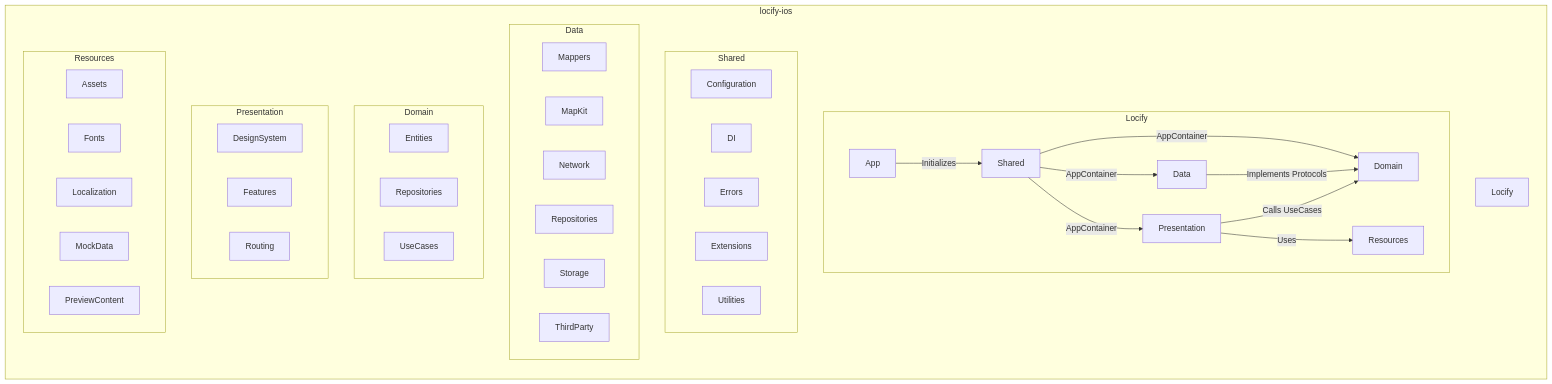
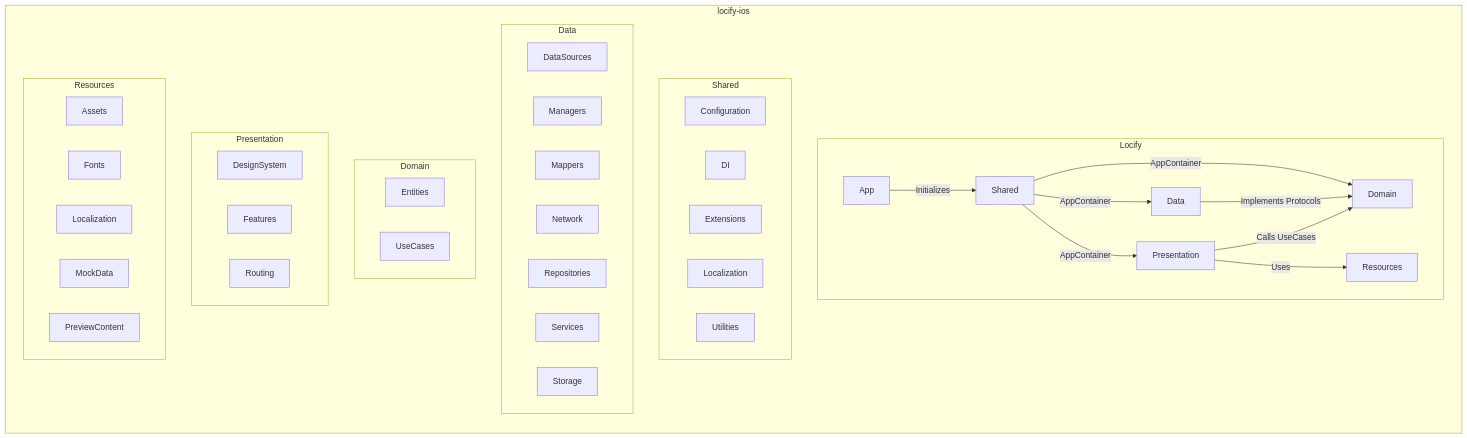
The diagram in locify-ios/README.md (lhhiep2204/Locify), drawn with Mermaid before and after one commit. The commit also changed other lines of this file and 5 other files, not shown here.

````diff
--- a/locify-ios/README.md
+++ b/locify-ios/README.md
@@ -201,53 +73,52 @@
 ```mermaid
 graph LR
     A[App] -->|Initializes| B[Shared]
     B -->|AppContainer| C[Domain]
     B -->|AppContainer| D[Data]
     B -->|AppContainer| E[Presentation]
     D -->|Implements Protocols| C
     E -->|Calls UseCases| C
     E -->|Uses| F[Resources]
     subgraph locify-ios
-        H[Locify]
         subgraph Locify
             A
             B
             C
             D
             E
             F
         end
         subgraph Shared
             B1[Configuration]
             B2[DI]
-            B3[Errors]
-            B4[Extensions]
+            B3[Extensions]
+            B4[Localization]
             B5[Utilities]
         end
         subgraph Data
-            D1[Mappers]
-            D2[MapKit]
-            D3[Network]
-            D4[Repositories]
-            D5[Storage]
-            D6[ThirdParty]
+            D1[DataSources]
+            D2[Managers]
+            D3[Mappers]
+            D4[Network]
+            D5[Repositories]
+            D6[Services]
+            D7[Storage]
         end
         subgraph Domain
             C1[Entities]
-            C2[Repositories]
-            C3[UseCases]
+            C2[UseCases]
         end
         subgraph Presentation
             E1[DesignSystem]
             E2[Features]
             E3[Routing]
         end
         subgraph Resources
             F1[Assets]
             F2[Fonts]
             F3[Localization]
             F4[MockData]
             F5[PreviewContent]
         end
     end
 ```
````
